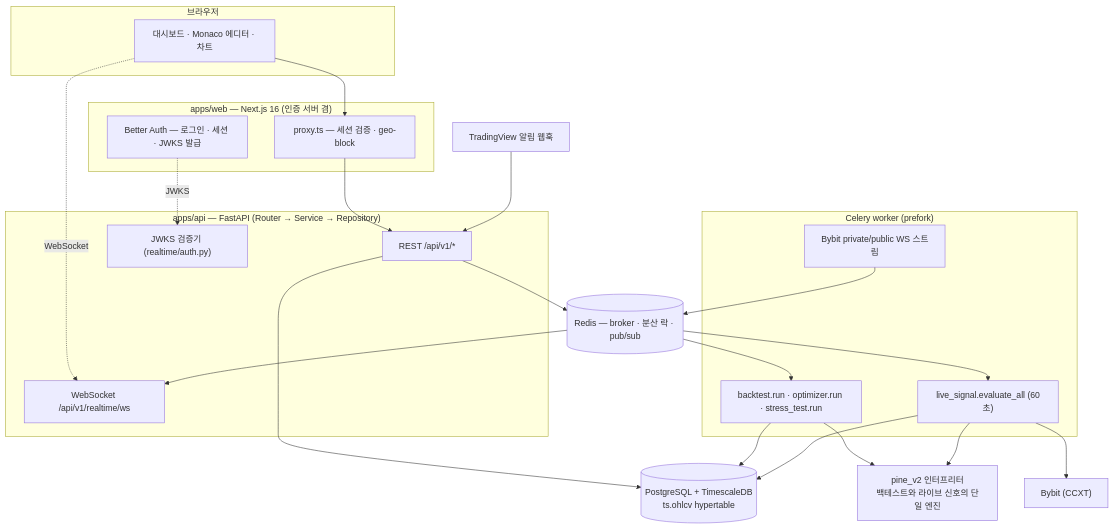
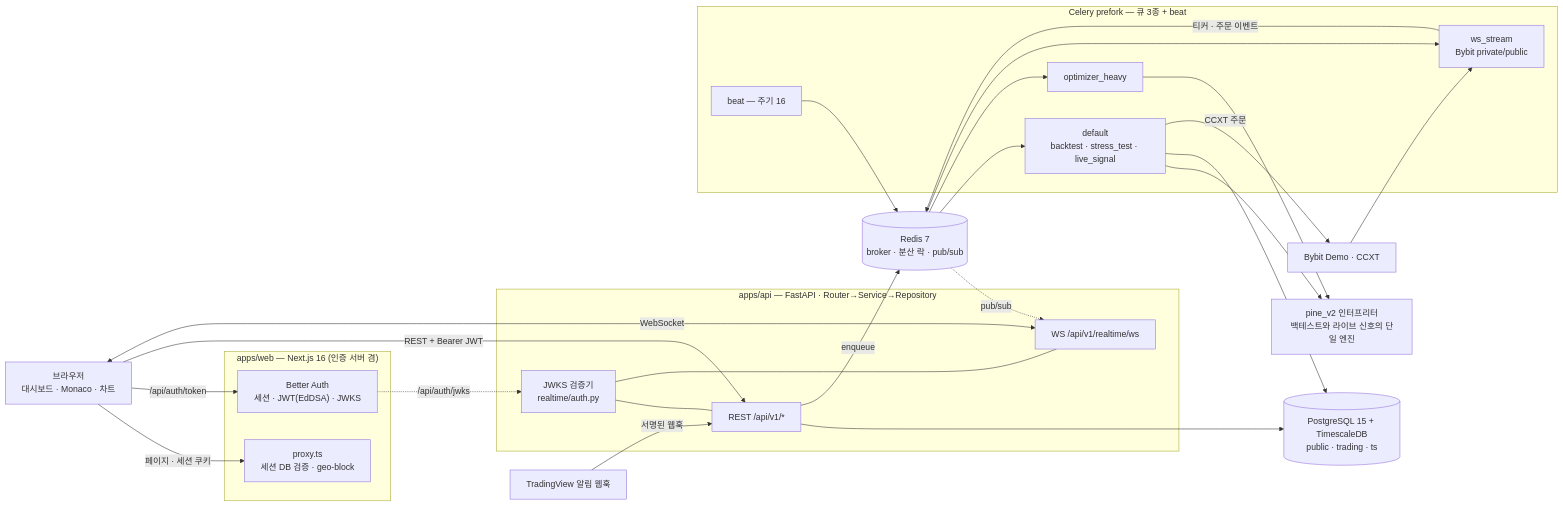
Before and after one commit to woosung-dev/quantbridge: the first of 3 diagrams in README.md, drawn with Mermaid. The commit also changed other lines of this file and 5 other files, not shown here.

First line of the commit message:
docs(readme): spell out architecture, DB schema and repo layout

````diff
--- a/README.md
+++ b/README.md
@@ -80,46 +101,50 @@
 ```mermaid
-flowchart TB
-    subgraph Browser["브라우저"]
-        UI["대시보드 · Monaco 에디터 · 차트"]
+flowchart LR
+    UI["브라우저<br/>대시보드 · Monaco · 차트"]
+
+    subgraph Web["apps/web — Next.js 16 (인증 서버 겸)"]
+        MW["proxy.ts<br/>세션 DB 검증 · geo-block"]
+        BA["Better Auth<br/>세션 · JWT(EdDSA) · JWKS"]
     end
 
-    subgraph Web["apps/web — Next.js 16 (인증 서버 겸)"]
-        PROXY["proxy.ts — 세션 검증 · geo-block"]
-        BA["Better Auth — 로그인 · 세션 · JWKS 발급"]
+    subgraph Api["apps/api — FastAPI · Router→Service→Repository"]
+        REST["REST /api/v1/*"]
+        WSR["WS /api/v1/realtime/ws"]
+        JWTV["JWKS 검증기<br/>realtime/auth.py"]
     end
 
-    subgraph Api["apps/api — FastAPI (Router → Service → Repository)"]
-        REST["REST /api/v1/*"]
-        JWTV["JWKS 검증기 (realtime/auth.py)"]
-        WSR["WebSocket /api/v1/realtime/ws"]
-    end
-
-    subgraph Worker["Celery worker (prefork)"]
-        JOBS["backtest.run · optimizer.run · stress_test.run"]
-        LIVE["live_signal.evaluate_all (60초)"]
-        STREAM["Bybit private/public WS 스트림"]
+    subgraph Worker["Celery prefork — 큐 3종 + beat"]
+        JOBS["default<br/>backtest · stress_test · live_signal"]
+        OPT["optimizer_heavy"]
+        STREAM["ws_stream<br/>Bybit private/public"]
+        BEAT["beat — 주기 16"]
     end
 
     PINE["pine_v2 인터프리터<br/>백테스트와 라이브 신호의 단일 엔진"]
-
-    PG[("PostgreSQL + TimescaleDB<br/>ts.ohlcv hypertable")]
-    REDIS[("Redis — broker · 분산 락 · pub/sub")]
-    BYBIT["Bybit (CCXT)"]
+    PG[("PostgreSQL 15 + TimescaleDB<br/>public · trading · ts")]
+    REDIS[("Redis 7<br/>broker · 분산 락 · pub/sub")]
+    BYBIT["Bybit Demo · CCXT"]
     TV["TradingView 알림 웹훅"]
 
-    UI --> PROXY --> REST
-    UI -. WebSocket .-> WSR
-    BA -. JWKS .-> JWTV
-    TV --> REST
+    UI -->|"페이지 · 세션 쿠키"| MW
+    UI -->|"/api/auth/token"| BA
+    UI -->|"REST + Bearer JWT"| REST
+    UI <-->|"WebSocket"| WSR
+    BA -.->|"/api/auth/jwks"| JWTV
+    JWTV --- REST
+    JWTV --- WSR
+    TV -->|"서명된 웹훅"| REST
     REST --> PG
-    REST --> REDIS
+    REST -->|"enqueue"| REDIS
     REDIS --> JOBS
-    REDIS --> LIVE
+    REDIS --> OPT
+    REDIS --> STREAM
+    BEAT --> REDIS
     JOBS --> PINE
-    LIVE --> PINE
     JOBS --> PG
-    LIVE --> BYBIT
-    STREAM --> REDIS
-    REDIS --> WSR
-    LIVE --> PG
+    OPT --> PINE
+    JOBS -->|"CCXT 주문"| BYBIT
+    BYBIT --> STREAM
+    STREAM -->|"티커 · 주문 이벤트"| REDIS
+    REDIS -.->|"pub/sub"| WSR
 ```
````
